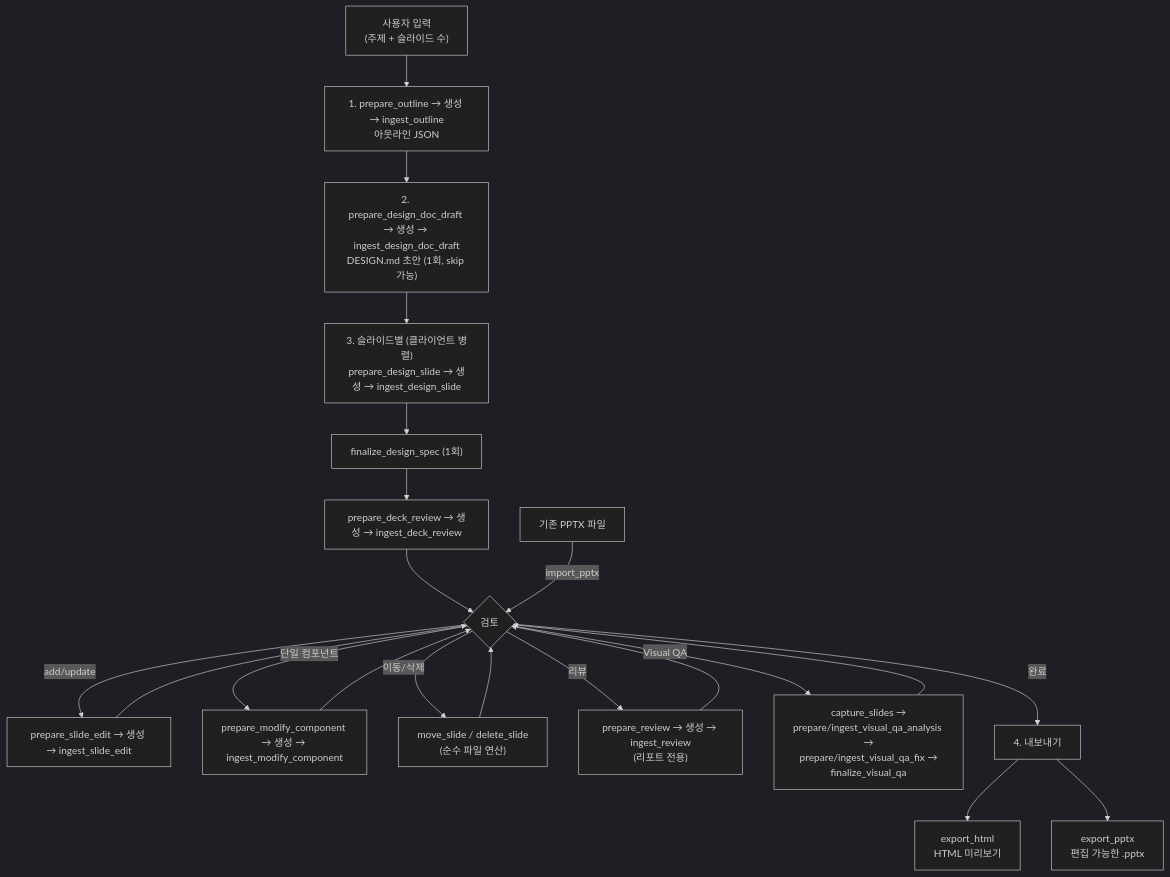
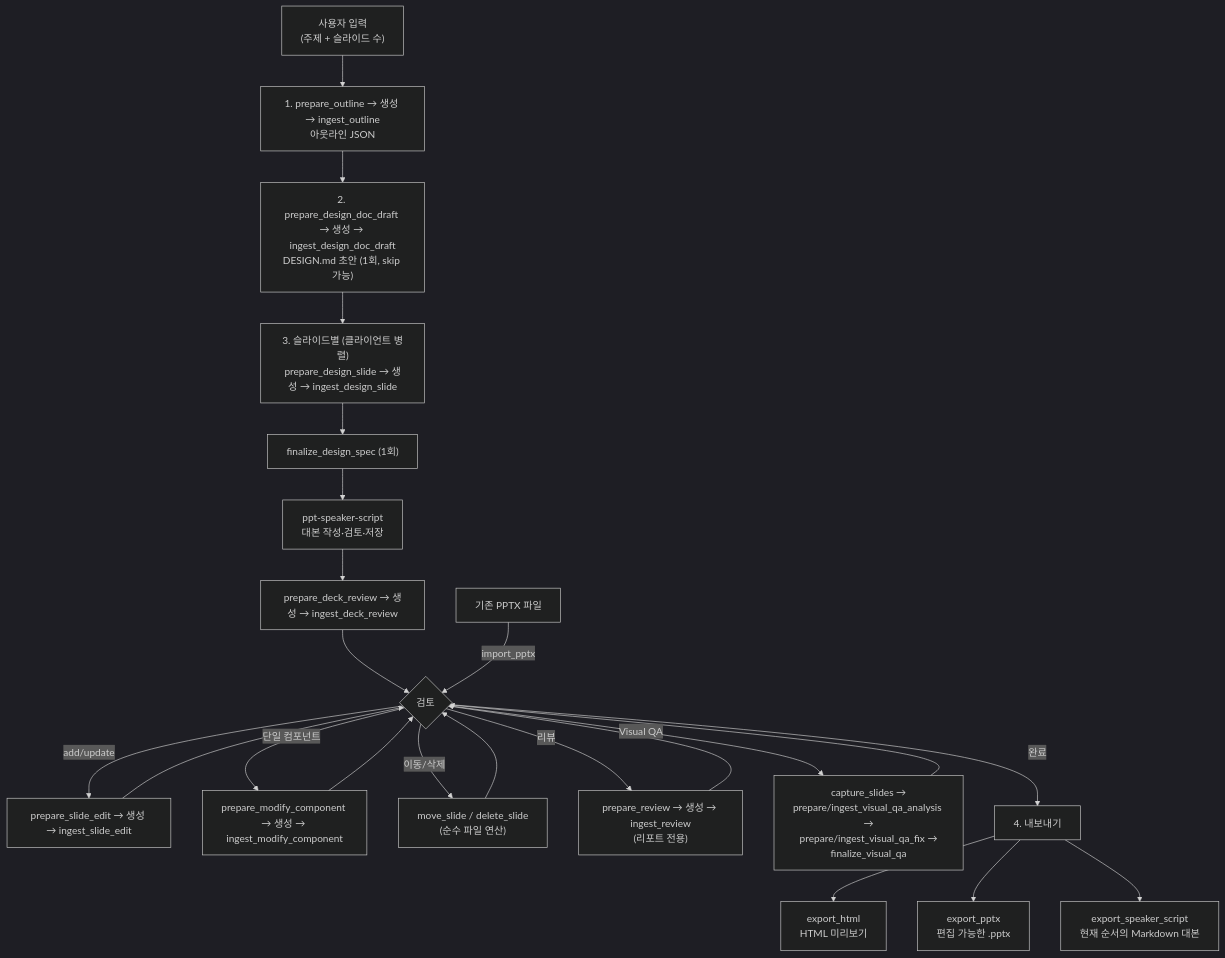
One commit to haandol/ppt-generator changed the third of 3 diagrams in docs/harness/architecture.md. Above: the diagram before and after it, drawn with Mermaid (dark theme). The commit also changed other lines of this file and 112 other files, not shown here.

````diff
--- a/docs/harness/architecture.md
+++ b/docs/harness/architecture.md
@@ -59,24 +62,26 @@
 ```mermaid
 flowchart TD
     A["사용자 입력\n(주제 + 슬라이드 수)"] --> B["1. prepare_outline → 생성 → ingest_outline\n아웃라인 JSON"]
     B --> D["2. prepare_design_doc_draft → 생성 → ingest_design_doc_draft\nDESIGN.md 초안 (1회, skip 가능)"]
     D --> E["3. 슬라이드별 (클라이언트 병렬)\nprepare_design_slide → 생성 → ingest_design_slide"]
     E --> F["finalize_design_spec (1회)"]
-    F --> DR["prepare_deck_review → 생성 → ingest_deck_review"]
+    F --> SS["ppt-speaker-script\n대본 작성·검토·저장"]
+    SS --> DR["prepare_deck_review → 생성 → ingest_deck_review"]
     DR --> G{"검토"}
     G -->|"add/update"| H["prepare_slide_edit → 생성 → ingest_slide_edit"]
     H --> G
     G -->|"단일 컴포넌트"| M["prepare_modify_component → 생성 → ingest_modify_component"]
     M --> G
     G -->|"이동/삭제"| O["move_slide / delete_slide\n(순수 파일 연산)"]
     O --> G
     G -->|"리뷰"| R["prepare_review → 생성 → ingest_review\n(리포트 전용)"]
     R --> G
     G -->|"Visual QA"| V["capture_slides →\nprepare/ingest_visual_qa_analysis →\nprepare/ingest_visual_qa_fix →\nfinalize_visual_qa"]
     V --> G
     G -->|"완료"| I["4. 내보내기"]
     I --> J["export_html\nHTML 미리보기"]
     I --> K["export_pptx\n편집 가능한 .pptx"]
+    I --> SM["export_speaker_script\n현재 순서의 Markdown 대본"]
 
     L["기존 PPTX 파일"] -->|"import_pptx"| G
 ```
````
